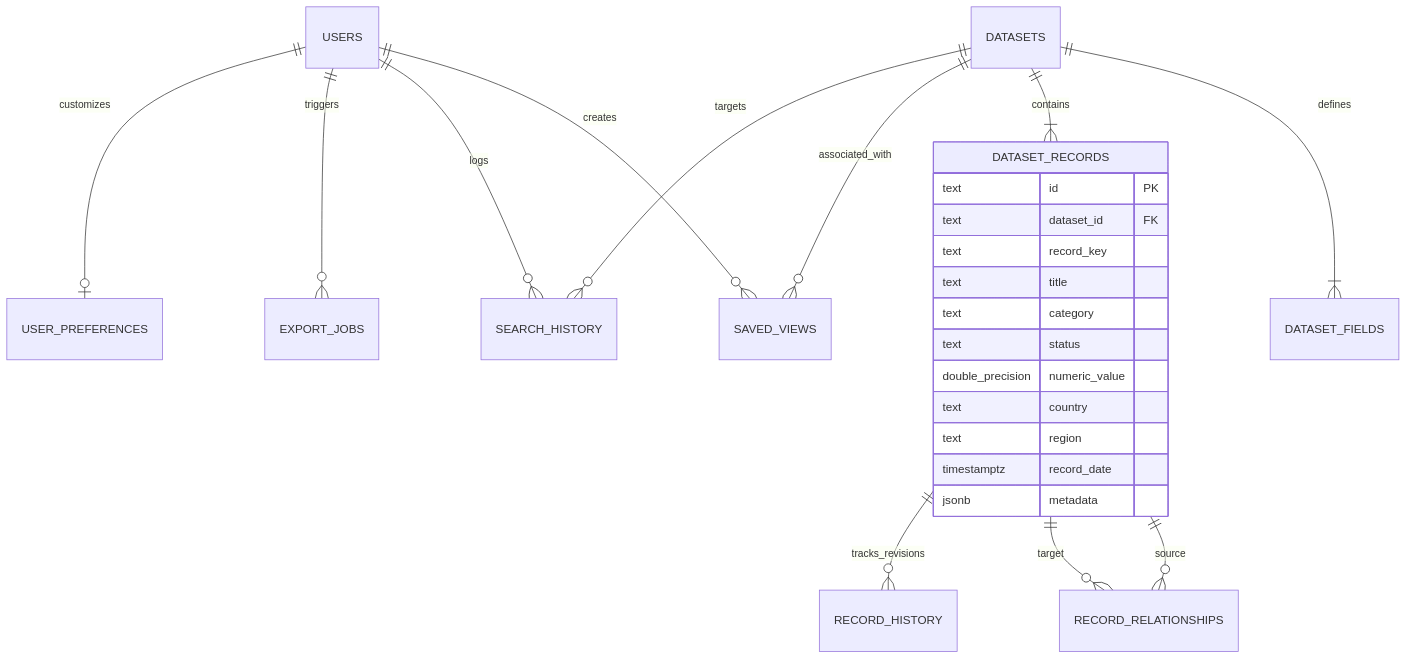
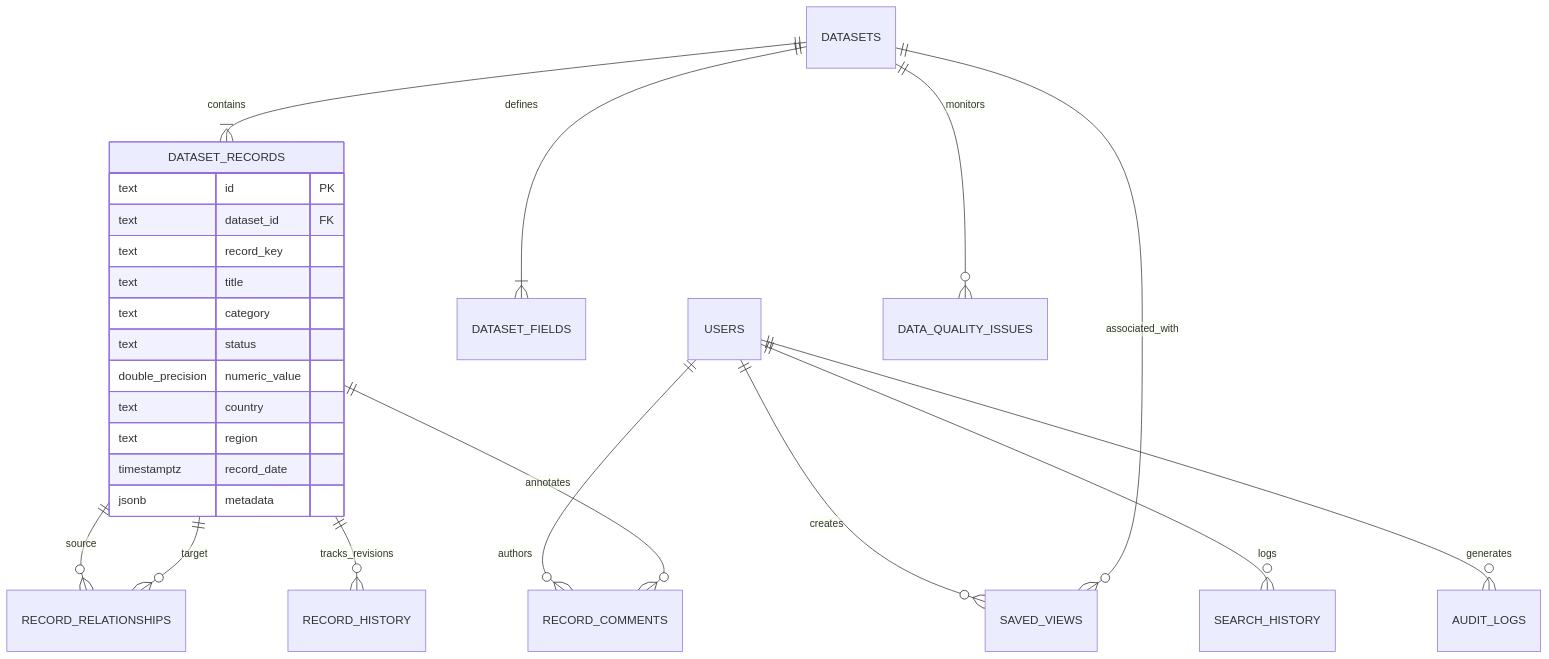
One commit to nabilpwqz/DataScope changed the diagram in README.md. Above: the diagram before and after it, drawn with Mermaid. The commit also changed other lines of this file, not shown here.

Commit message:
docs: upgrade enterprise README with system topology, lineage, quality, and complete API specifications

````diff
--- a/README.md
+++ b/README.md
@@ -424,30 +428,31 @@
 ```mermaid
 erDiagram
     USERS ||--o{ SAVED_VIEWS : "creates"
     USERS ||--o{ SEARCH_HISTORY : "logs"
-    USERS ||--o{ EXPORT_JOBS : "triggers"
-    USERS ||--o| USER_PREFERENCES : "customizes"
+    USERS ||--o{ AUDIT_LOGS : "generates"
+    USERS ||--o{ RECORD_COMMENTS : "authors"
 
     DATASETS ||--|{ DATASET_FIELDS : "defines"
     DATASETS ||--|{ DATASET_RECORDS : "contains"
+    DATASETS ||--o{ DATA_QUALITY_ISSUES : "monitors"
     DATASETS ||--o{ SAVED_VIEWS : "associated_with"
-    DATASETS ||--o{ SEARCH_HISTORY : "targets"
 
     DATASET_RECORDS ||--o{ RECORD_RELATIONSHIPS : "source"
     DATASET_RECORDS ||--o{ RECORD_RELATIONSHIPS : "target"
     DATASET_RECORDS ||--o{ RECORD_HISTORY : "tracks_revisions"
+    DATASET_RECORDS ||--o{ RECORD_COMMENTS : "annotates"
 
     DATASET_RECORDS {
         text id PK
         text dataset_id FK
         text record_key
         text title
         text category
         text status
         double_precision numeric_value
         text country
         text region
         timestamptz record_date
         jsonb metadata
     }
 ```
````
